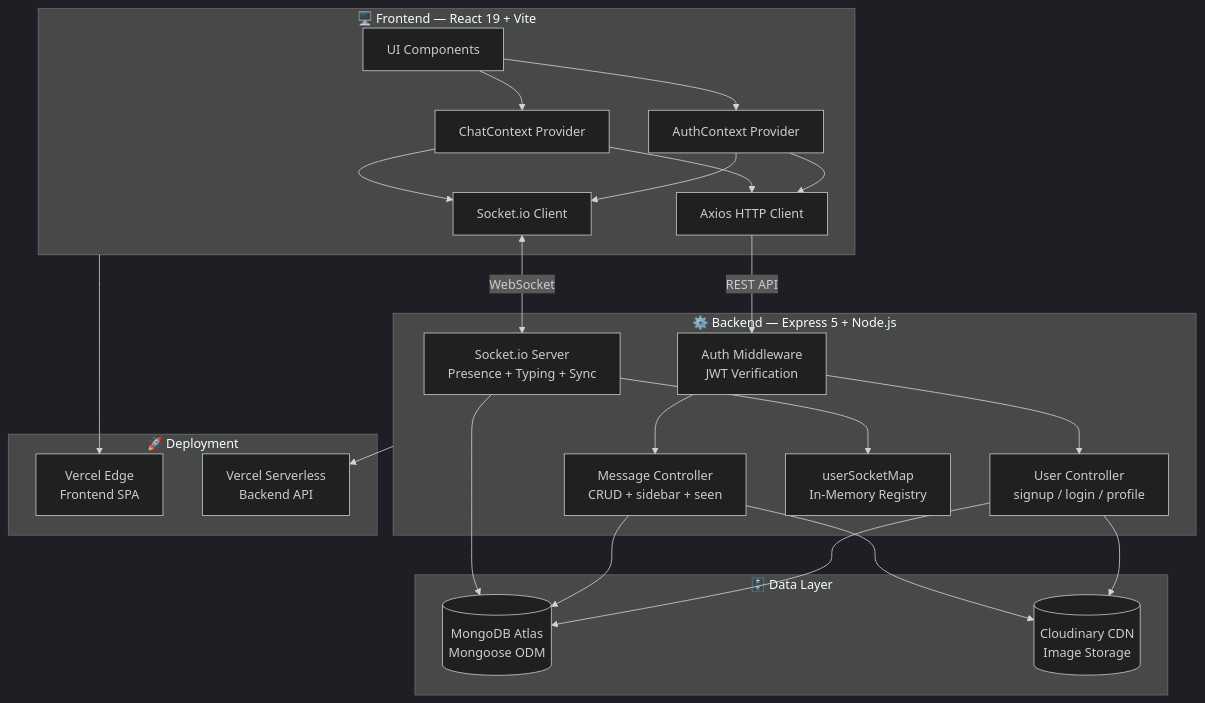
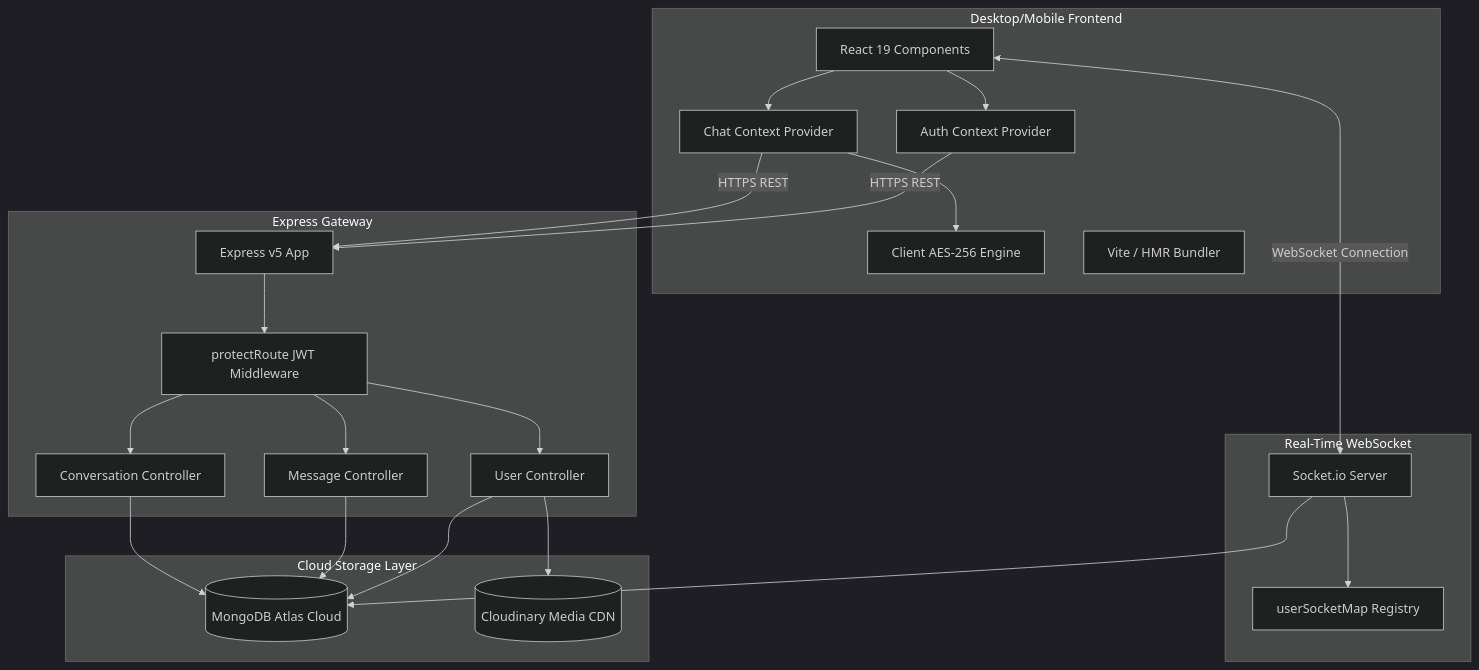
Before and after one commit to SarthakDudhe/ChatApplication: the fourth of 4 diagrams in README.md, drawn with Mermaid (dark theme). The commit also changed other lines of this file, not shown here.

````diff
--- a/README.md
+++ b/README.md
@@ -295,51 +281,49 @@
 ```mermaid
 graph TD
-    subgraph Client["🖥️ Frontend — React 19 + Vite"]
-        UI[UI Components]
-        AC[AuthContext Provider]
-        CC[ChatContext Provider]
-        SIO_C[Socket.io Client]
-        AX[Axios HTTP Client]
+    subgraph Client [Desktop/Mobile Frontend]
+        ReactUI[React 19 Components]
+        AuthCtx[Auth Context Provider]
+        ChatCtx[Chat Context Provider]
+        CryptoLib[Client AES-256 Engine]
+        ViteDev[Vite / HMR Bundler]
     end
 
-    subgraph Server["⚙️ Backend — Express 5 + Node.js"]
-        MW[Auth Middleware<br/>JWT Verification]
-        UC[User Controller<br/>signup / login / profile]
-        MC[Message Controller<br/>CRUD + sidebar + seen]
-        SIO_S[Socket.io Server<br/>Presence + Typing + Sync]
-        USM[userSocketMap<br/>In-Memory Registry]
+    subgraph API [Express Gateway]
+        ExpressRouter[Express v5 App]
+        AuthMW[protectRoute JWT Middleware]
+        UserCtrl[User Controller]
+        MsgCtrl[Message Controller]
+        ConvCtrl[Conversation Controller]
     end
 
-    subgraph Data["🗄️ Data Layer"]
-        DB[(MongoDB Atlas<br/>Mongoose ODM)]
-        CDN[(Cloudinary CDN<br/>Image Storage)]
+    subgraph Socket [Real-Time WebSocket]
+        SocketIO[Socket.io Server]
+        SocketMap[userSocketMap Registry]
     end
 
-    subgraph Deploy["🚀 Deployment"]
-        VF[Vercel Edge<br/>Frontend SPA]
-        VB[Vercel Serverless<br/>Backend API]
+    subgraph Databases [Cloud Storage Layer]
+        MongoDB[(MongoDB Atlas Cloud)]
+        CloudinaryCDN[(Cloudinary Media CDN)]
     end
 
-    UI --> AC
-    UI --> CC
-    AC --> AX
-    AC --> SIO_C
-    CC --> AX
-    CC --> SIO_C
+    ReactUI --> AuthCtx
+    ReactUI --> ChatCtx
+    ChatCtx --> CryptoLib
 
-    AX -->|REST API| MW
-    SIO_C <-->|WebSocket| SIO_S
+    AuthCtx -->|HTTPS REST| ExpressRouter
+    ChatCtx -->|HTTPS REST| ExpressRouter
+    ReactUI <-->|WebSocket Connection| SocketIO
 
-    MW --> UC
-    MW --> MC
-    SIO_S --> USM
+    ExpressRouter --> AuthMW
+    AuthMW --> UserCtrl
+    AuthMW --> MsgCtrl
+    AuthMW --> ConvCtrl
 
-    UC --> DB
-    UC --> CDN
-    MC --> DB
-    MC --> CDN
-    SIO_S --> DB
+    UserCtrl --> MongoDB
+    UserCtrl --> CloudinaryCDN
+    MsgCtrl --> MongoDB
+    ConvCtrl --> MongoDB
 
-    Client --> VF
-    Server --> VB
+    SocketIO --> SocketMap
+    SocketIO --> MongoDB
 ```
````
